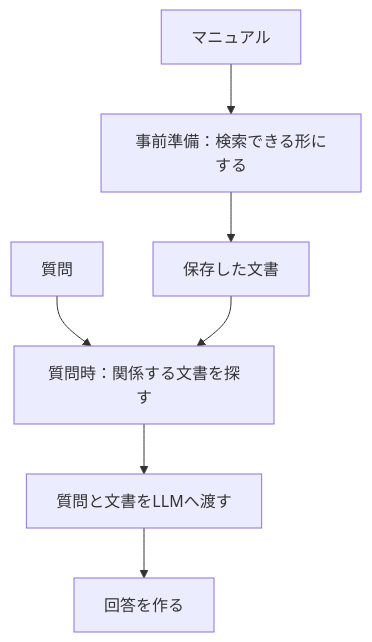
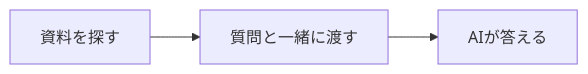
One commit to kouji0705/rag-study changed the diagram in books/cd019af39edb03/01-what-is-rag.md. Above: the diagram before and after it, drawn with Mermaid. The commit also changed other lines of this file and 11 other files, not shown here.

````diff
--- a/books/cd019af39edb03/01-what-is-rag.md
+++ b/books/cd019af39edb03/01-what-is-rag.md
@@ -55,9 +20,4 @@
 ```mermaid
-flowchart TD
-    M["マニュアル"] --> I["事前準備：検索できる形にする"]
-    I --> D["保存した文書"]
-    Q["質問"] --> S["質問時：関係する文書を探す"]
-    D --> S
-    S --> L["質問と文書をLLMへ渡す"]
-    L --> A["回答を作る"]
+flowchart LR
+    A["資料を探す"] --> B["質問と一緒に渡す"] --> C["AIが答える"]
 ```
````
